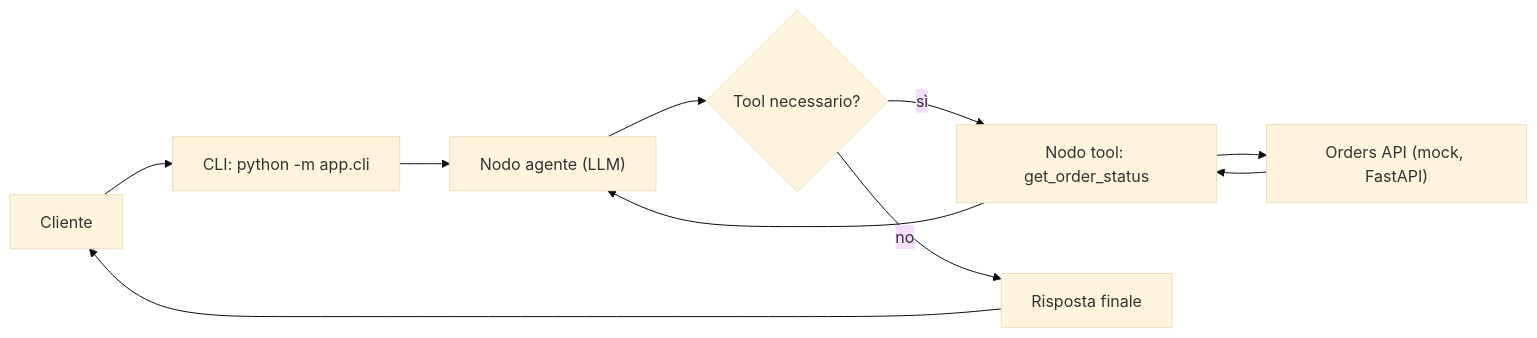
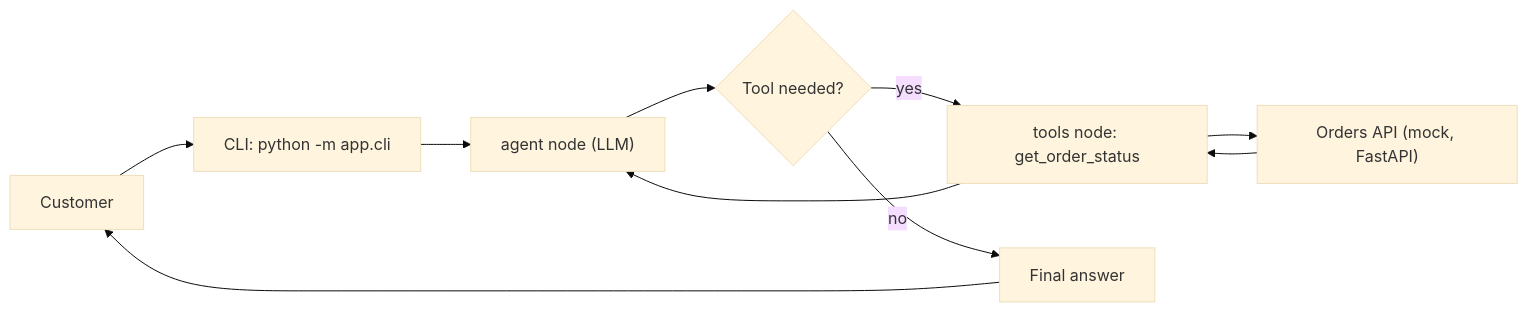
The diagram in README.md (moha10-hub/ai-support-agent), drawn with Mermaid (base theme) before and after one commit. The commit also changed other lines of this file, not shown here.

````diff
--- a/README.md
+++ b/README.md
@@ -26,12 +26,12 @@
 ```mermaid
 flowchart LR
-    U["Cliente"] --> CLI["CLI: python -m app.cli"]
-    CLI --> A["Nodo agente (LLM)"]
-    A --> C{"Tool necessario?"}
-    C -- sì --> T["Nodo tool: get_order_status"]
+    U["Customer"] --> CLI["CLI: python -m app.cli"]
+    CLI --> A["agent node (LLM)"]
+    A --> C{"Tool needed?"}
+    C -- yes --> T["tools node: get_order_status"]
     T --> API["Orders API (mock, FastAPI)"]
     API --> T
     T --> A
-    C -- no --> R["Risposta finale"]
+    C -- no --> R["Final answer"]
     R --> U
 ```
````
